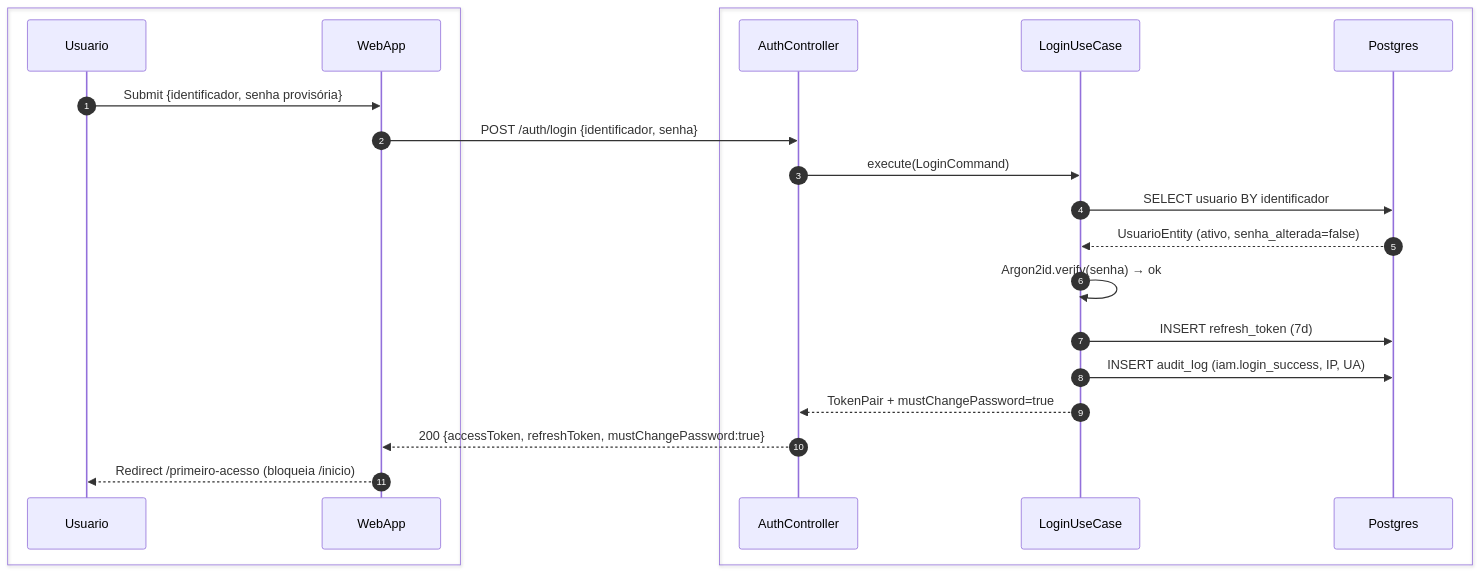
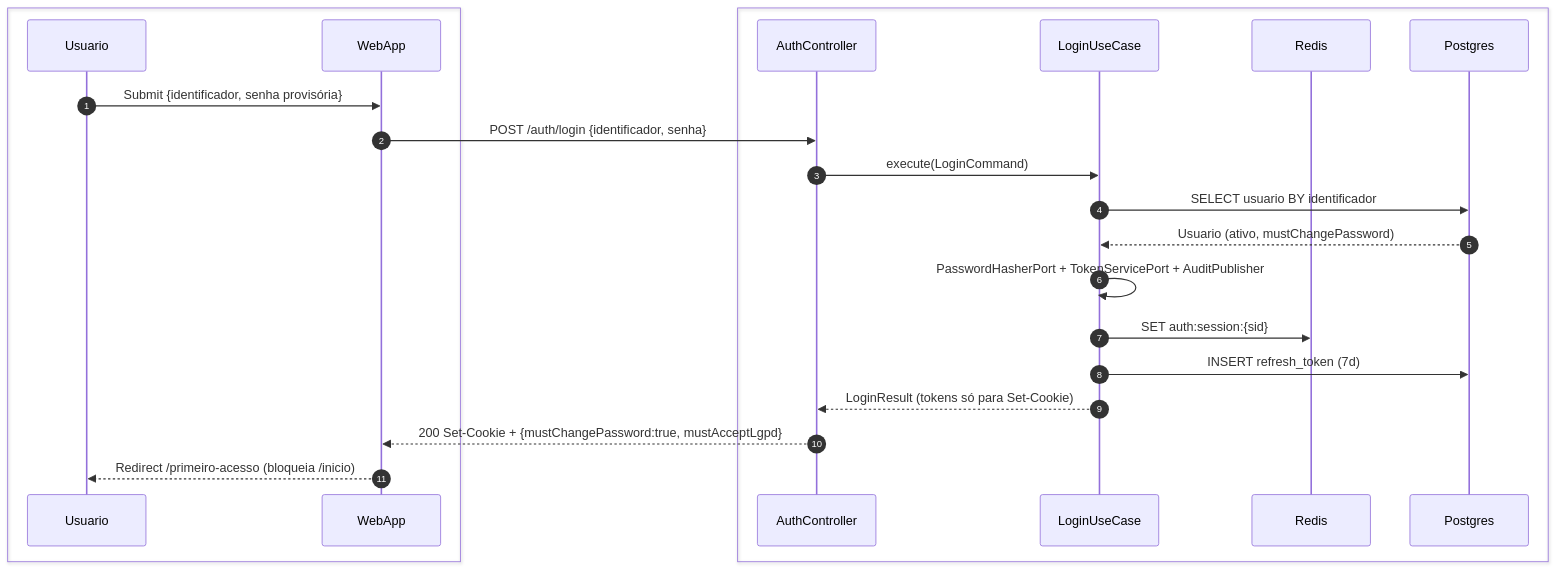
Before and after one commit to teamTCC/secretariaOnline2: the second of 8 diagrams in foundationDocs/sequenceDiagrams/F0 — Público/US-F0-001-LOGIN.md, drawn with Mermaid. The commit also changed other lines of this file and 104 other files, not shown here.

````diff
--- a/foundationDocs/sequenceDiagrams/F0 — Público/US-F0-001-LOGIN.md
+++ b/foundationDocs/sequenceDiagrams/F0 — Público/US-F0-001-LOGIN.md
@@ -94,25 +101,26 @@
 ```mermaid
 sequenceDiagram
     autonumber
     box #e8f4fc Cliente
         participant Usuario
         participant WebApp
     end
     box #fff8ee Servidor
         participant AC as AuthController
         participant UC as LoginUseCase
+        participant Redis
         participant DB as Postgres
     end
 
     Usuario->>WebApp: Submit {identificador, senha provisória}
     WebApp->>AC: POST /auth/login {identificador, senha}
     AC->>UC: execute(LoginCommand)
     UC->>DB: SELECT usuario BY identificador
-    DB-->>UC: UsuarioEntity (ativo, senha_alterada=false)
-    UC->>UC: Argon2id.verify(senha) → ok
+    DB-->>UC: Usuario (ativo, mustChangePassword)
+    UC->>UC: PasswordHasherPort + TokenServicePort + AuditPublisher
+    UC->>Redis: SET auth:session:{sid}
     UC->>DB: INSERT refresh_token (7d)
-    UC->>DB: INSERT audit_log (iam.login_success, IP, UA)
-    UC-->>AC: TokenPair + mustChangePassword=true
-    AC-->>WebApp: 200 {accessToken, refreshToken, mustChangePassword:true}
+    UC-->>AC: LoginResult (tokens só para Set-Cookie)
+    AC-->>WebApp: 200 Set-Cookie + {mustChangePassword:true, mustAcceptLgpd}
     WebApp-->>Usuario: Redirect /primeiro-acesso (bloqueia /inicio)
 ```
````
